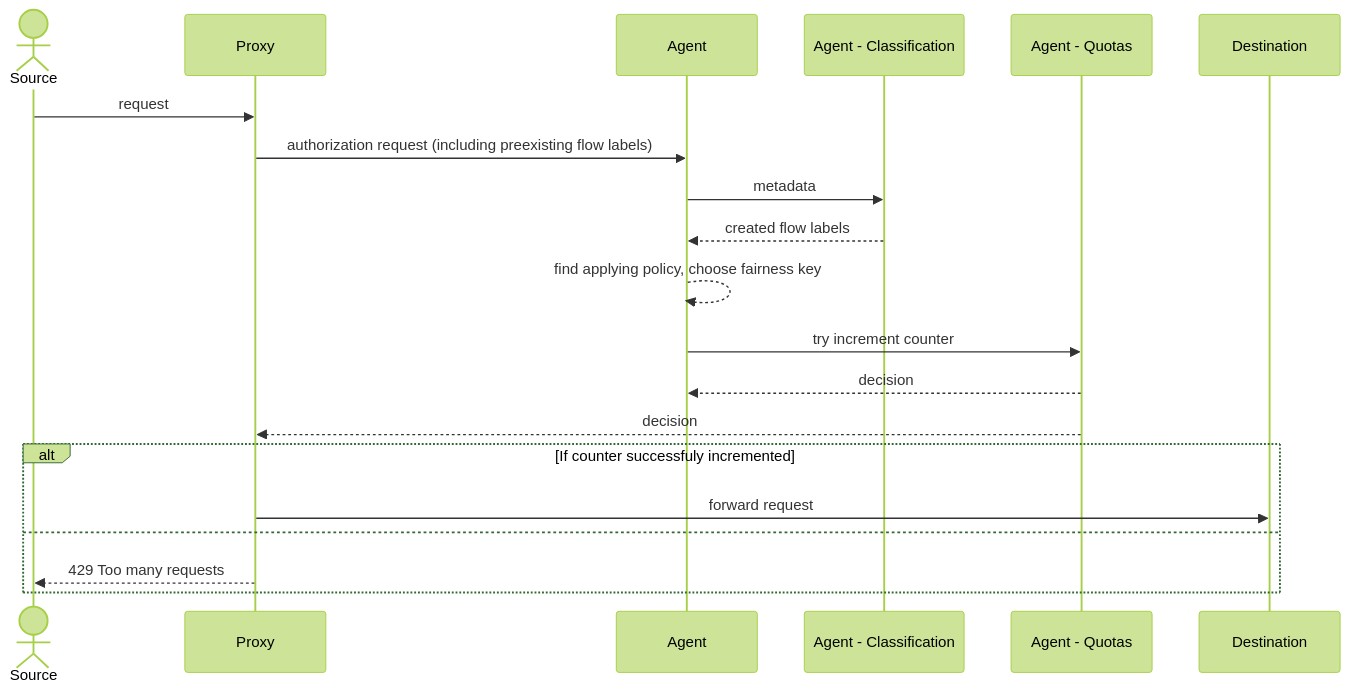
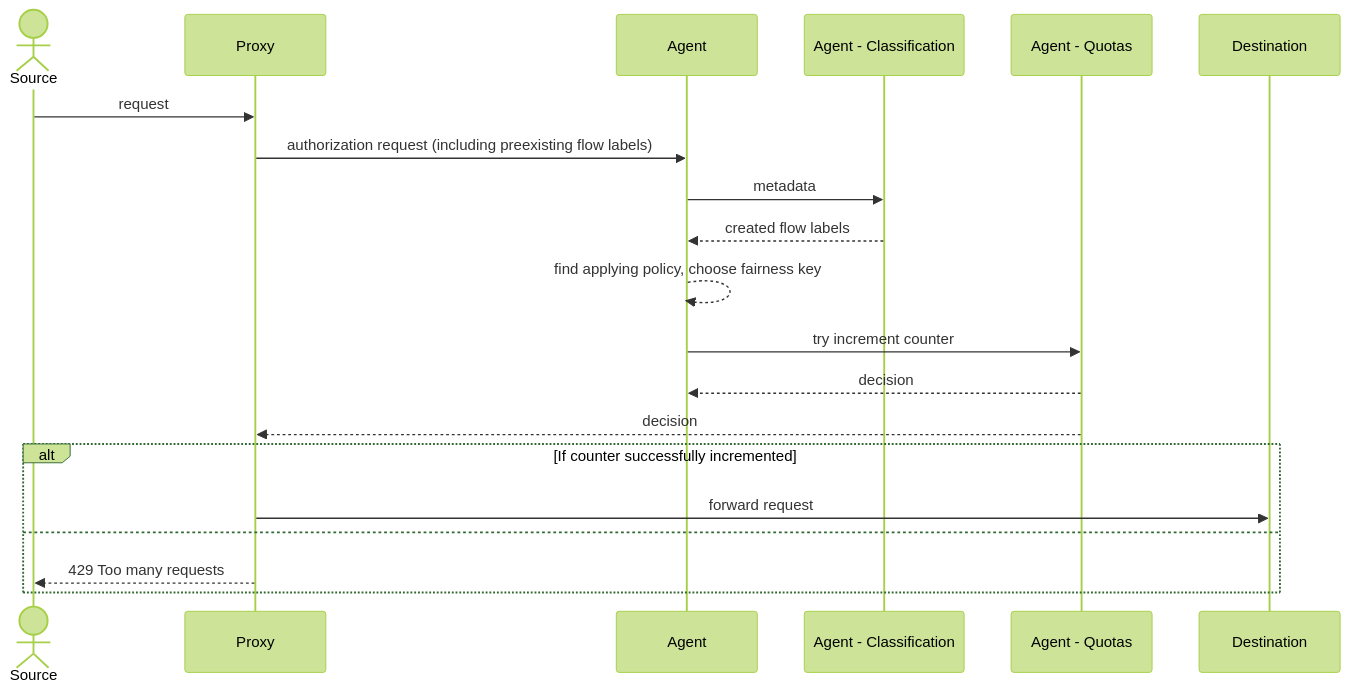
One commit to dataongunlaws/aperture changed the diagram in docs/content/assets/diagrams/ratelimit/ratelimit.mmd. Above: the diagram before and after it, drawn with Mermaid (forest theme). The commit also changed 32 other files, not shown here.

```diff
--- a/docs/content/assets/diagrams/ratelimit/ratelimit.mmd
+++ b/docs/content/assets/diagrams/ratelimit/ratelimit.mmd
@@ -1,23 +1,23 @@
 sequenceDiagram
     actor Source
     participant Proxy
     participant Agent
     participant Class as Agent - Classification
     participant Quotas as Agent - Quotas
     participant Destination
 
     Source->>Proxy: request
     Proxy->>Agent: authorization request (including preexisting flow labels)
     Agent->>Class: metadata
     Class-->>Agent: created flow labels
     Agent-->>Agent: find applying policy, choose fairness key
     Agent->>Quotas: try increment counter
 
     Quotas-->>Agent: decision
     Quotas-->>Proxy: decision
 
-    alt If counter successfuly incremented
+    alt If counter successfully incremented
         Proxy->>Destination: forward request
     else
         Proxy-->>Source: 429 Too many requests
     end
```
